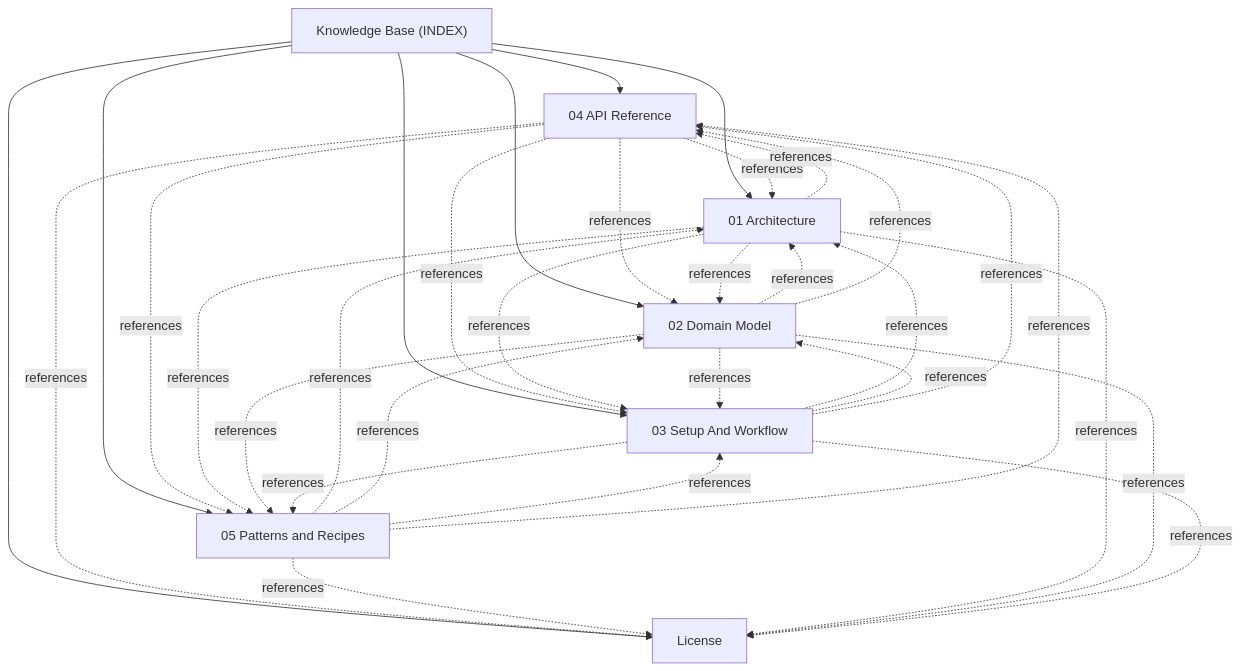
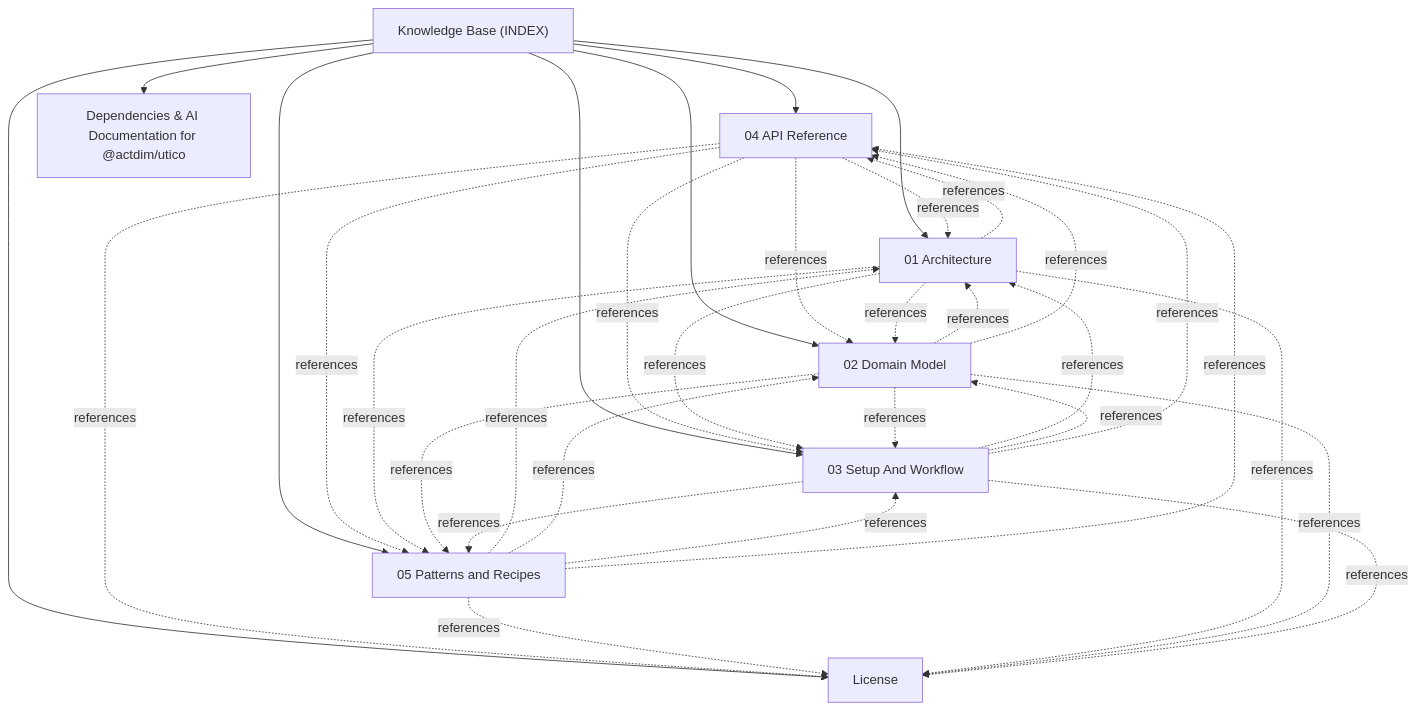
One commit to actdim/utico changed the diagram in docs/INDEX.md. Above: the diagram before and after it, drawn with Mermaid. The commit also changed other lines of this file and 41 other files, not shown here.

Commit message:
[task--sync-dependencies-and-version] sync dependencies documentation, ESLint config, and bump to v1.7.2

````diff
--- a/docs/INDEX.md
+++ b/docs/INDEX.md
@@ -17,41 +17,43 @@
 ```mermaid
 flowchart TD
     INDEX["Knowledge Base (INDEX)"]
     T_04_API_REFERENCE["04 API Reference"]
     INDEX --> T_04_API_REFERENCE
     T_05_PATTERNS_AND_RECIPES["05 Patterns and Recipes"]
     INDEX --> T_05_PATTERNS_AND_RECIPES
     T_ARCHITECTURE["01 Architecture"]
     INDEX --> T_ARCHITECTURE
+    T_DEPENDENCIES["Dependencies & AI Documentation for @actdim/utico"]
+    INDEX --> T_DEPENDENCIES
     T_DOMAIN_MODEL["02 Domain Model"]
     INDEX --> T_DOMAIN_MODEL
     T_LICENSE["License"]
     INDEX --> T_LICENSE
     T_SETUP_AND_WORKFLOW["03 Setup And Workflow"]
     INDEX --> T_SETUP_AND_WORKFLOW
     T_04_API_REFERENCE -.->|references| T_ARCHITECTURE
     T_04_API_REFERENCE -.->|references| T_DOMAIN_MODEL
     T_04_API_REFERENCE -.->|references| T_SETUP_AND_WORKFLOW
     T_04_API_REFERENCE -.->|references| T_05_PATTERNS_AND_RECIPES
     T_04_API_REFERENCE -.->|references| T_LICENSE
     T_05_PATTERNS_AND_RECIPES -.->|references| T_ARCHITECTURE
     T_05_PATTERNS_AND_RECIPES -.->|references| T_DOMAIN_MODEL
     T_05_PATTERNS_AND_RECIPES -.->|references| T_SETUP_AND_WORKFLOW
     T_05_PATTERNS_AND_RECIPES -.->|references| T_04_API_REFERENCE
     T_05_PATTERNS_AND_RECIPES -.->|references| T_LICENSE
     T_ARCHITECTURE -.->|references| T_DOMAIN_MODEL
     T_ARCHITECTURE -.->|references| T_SETUP_AND_WORKFLOW
     T_ARCHITECTURE -.->|references| T_04_API_REFERENCE
     T_ARCHITECTURE -.->|references| T_05_PATTERNS_AND_RECIPES
     T_ARCHITECTURE -.->|references| T_LICENSE
     T_DOMAIN_MODEL -.->|references| T_ARCHITECTURE
     T_DOMAIN_MODEL -.->|references| T_SETUP_AND_WORKFLOW
     T_DOMAIN_MODEL -.->|references| T_04_API_REFERENCE
     T_DOMAIN_MODEL -.->|references| T_05_PATTERNS_AND_RECIPES
     T_DOMAIN_MODEL -.->|references| T_LICENSE
     T_SETUP_AND_WORKFLOW -.->|references| T_ARCHITECTURE
     T_SETUP_AND_WORKFLOW -.->|references| T_DOMAIN_MODEL
     T_SETUP_AND_WORKFLOW -.->|references| T_04_API_REFERENCE
     T_SETUP_AND_WORKFLOW -.->|references| T_05_PATTERNS_AND_RECIPES
     T_SETUP_AND_WORKFLOW -.->|references| T_LICENSE
 ```
````
